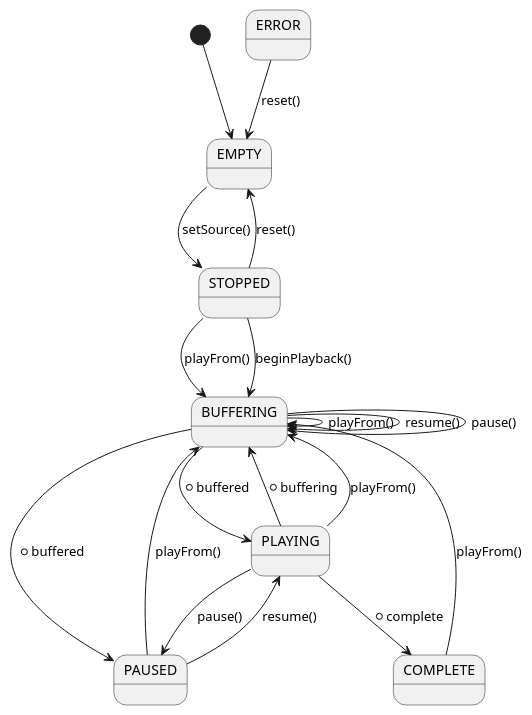
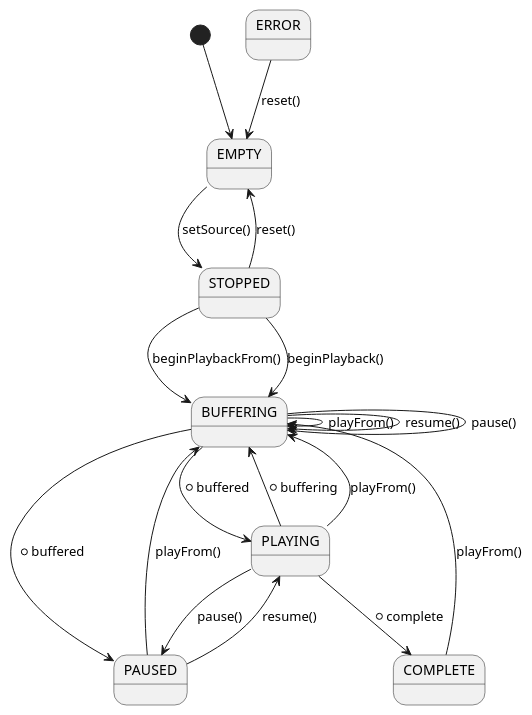
The diagram in _uml/overview/new_media_api.puml (bbc/tal), drawn with PlantUML before and after one commit. The commit also changed 1 other file, not shown here.

Commit message:
Updated docs (including state engine diagram) for TAL overview

```diff
--- a/_uml/overview/new_media_api.puml
+++ b/_uml/overview/new_media_api.puml
@@ -1,20 +1,20 @@
 @startuml
 [*] --> EMPTY
 EMPTY --> STOPPED : setSource()
 STOPPED --> EMPTY : reset()
-STOPPED --> BUFFERING : playFrom()
+STOPPED --> BUFFERING : beginPlaybackFrom()
 STOPPED --> BUFFERING : beginPlayback()
 BUFFERING --> BUFFERING : playFrom()
 BUFFERING --> BUFFERING :resume()
 BUFFERING --> BUFFERING : pause()
 BUFFERING --> PLAYING : *buffered
 BUFFERING --> PAUSED : *buffered
 PLAYING --> PAUSED : pause()
 PLAYING --> BUFFERING : *buffering
 PLAYING --> BUFFERING : playFrom()
 PLAYING --> COMPLETE : *complete
 PAUSED --> PLAYING : resume()
 PAUSED --> BUFFERING : playFrom()
 COMPLETE --> BUFFERING : playFrom()
 ERROR --> EMPTY : reset()
 @enduml
```
